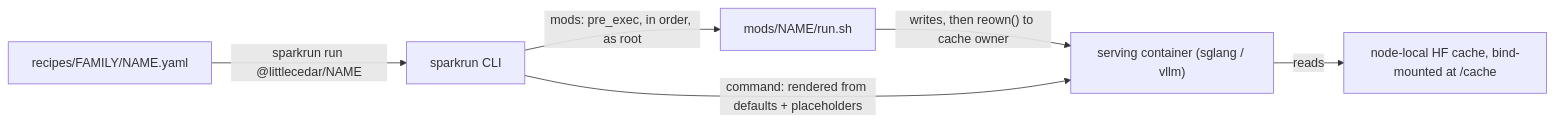
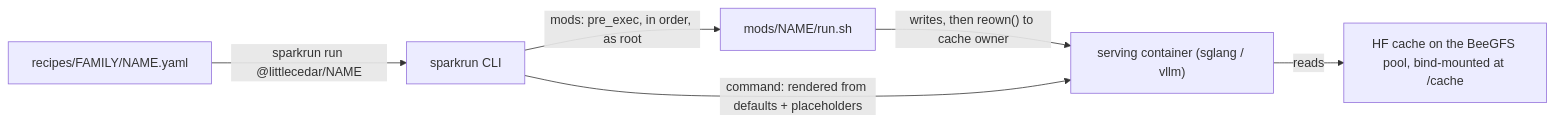
One commit to littlecedar/sparkrun-recipe-registry changed the diagram in AGENTS.md. Above: the diagram before and after it, drawn with Mermaid. The commit also changed other lines of this file, not shown here.

First line of the commit message:
Correct AGENTS.md for the cache that now lives on the BeeGFS pool

````diff
--- a/AGENTS.md
+++ b/AGENTS.md
@@ -33,8 +33,8 @@
 ```mermaid
 flowchart LR
   R["recipes/FAMILY/NAME.yaml"] -->|"sparkrun run @littlecedar/NAME"| S[sparkrun CLI]
   S -->|"mods: pre_exec, in order, as root"| M["mods/NAME/run.sh"]
   M -->|"writes, then reown() to cache owner"| C
   S -->|"command: rendered from defaults + placeholders"| C["serving container (sglang / vllm)"]
-  C -->|"reads"| H["node-local HF cache, bind-mounted at /cache"]
+  C -->|"reads"| H["HF cache on the BeeGFS pool, bind-mounted at /cache"]
 ```
````
